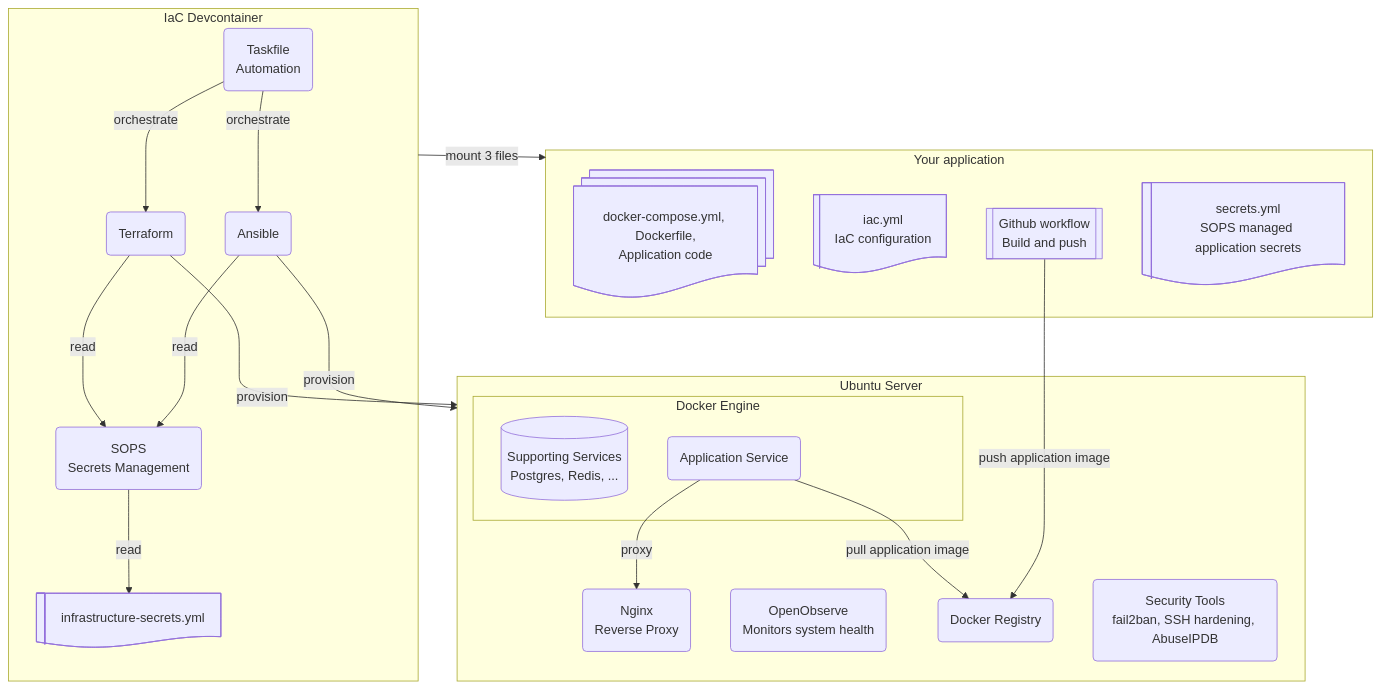
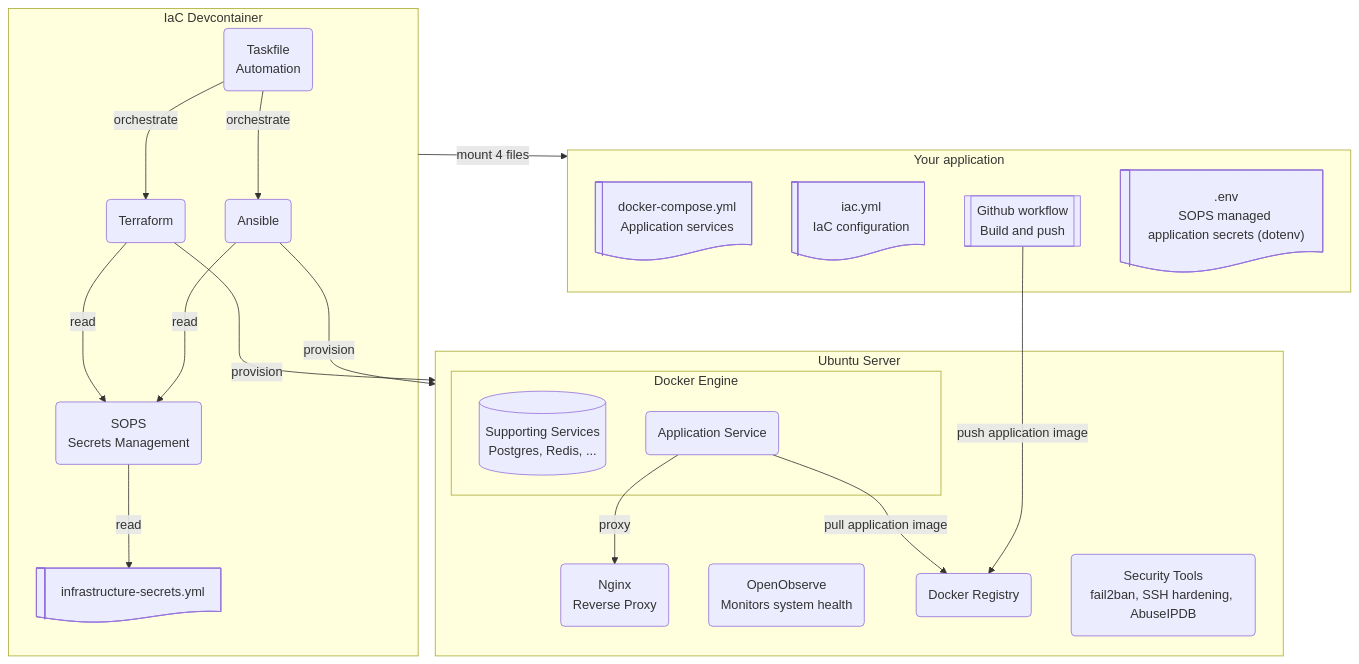
One commit to rednaw/iac changed the diagram in docs/getting-started.md. Above: the diagram before and after it, drawn with Mermaid. The commit also changed other lines of this file and 15 other files, not shown here.

Commit message:
app dotenv (#66)

````diff
--- a/docs/getting-started.md
+++ b/docs/getting-started.md
@@ -22,46 +22,46 @@
 ```mermaid
 graph TB
     subgraph IAC[IaC Devcontainer]
         TASK(Taskfile<br/>Automation)
         SOPS(SOPS<br/>Secrets Management)
         TF(Terraform)
         ANS(Ansible)
         INFRA_SECRETS@{ shape: lin-doc, label: "infrastructure-secrets.yml" }
     end
 
     subgraph SERVER[Ubuntu Server]
       NGINX(Nginx<br/>Reverse Proxy)
       subgraph DOCKER[Docker Engine]
         SUPPORTING_SERVICES@{ shape: cyl, label: "Supporting Services<br/>Postgres, Redis, ..." }
         APP_SERVICE(Application Service)
       end
       OBSERVE(OpenObserve<br/>Monitors system health)
       REGISTRY(Docker Registry)
       SEC(Security Tools<br/>fail2ban, SSH hardening, AbuseIPDB)
     end
 
     subgraph APP[Your application]
-      COMPOSE@{ shape: docs, label: "docker-compose.yml, Dockerfile,<br/>Application code" }
+      COMPOSE@{ shape: lin-doc, label: "docker-compose.yml<br/>Application services" }
       IAC_YML@{ shape: lin-doc, label: "iac.yml<br/>IaC configuration" }
       PUSH@{ shape: subproc, label: "Github workflow<br/>Build and push" }
-      APP_SECRETS@{ shape: lin-doc, label: "secrets.yml<br/>SOPS managed application secrets" }
+      APP_SECRETS@{ shape: lin-doc, label: ".env<br/>SOPS managed application secrets (dotenv)" }
     end
 
-    IAC -->|mount 3 files| APP
+    IAC -->|mount 4 files| APP
     
     TASK -->|orchestrate| TF
     TASK -->|orchestrate| ANS
 
     SOPS -->|read| INFRA_SECRETS
         
     TF -->|provision| SERVER
     TF -->|read| SOPS
     
     ANS -->|provision| SERVER
     ANS -->|read| SOPS
 
     APP_SERVICE -->|pull application image| REGISTRY
     PUSH --->|push application image| REGISTRY 
     
     APP_SERVICE -->|proxy| NGINX
 ```
````
